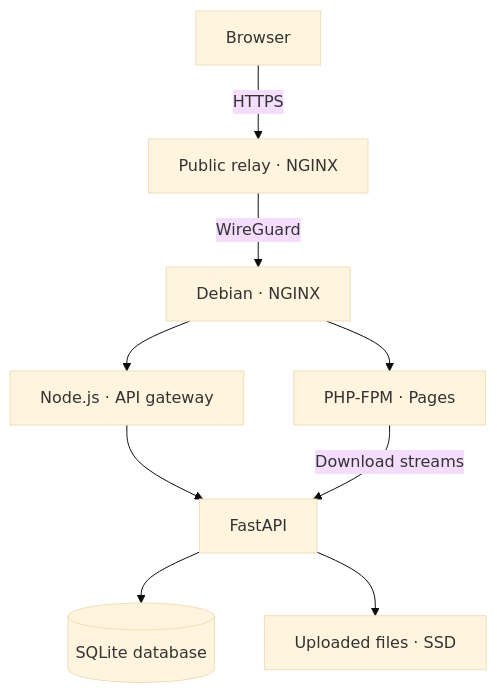
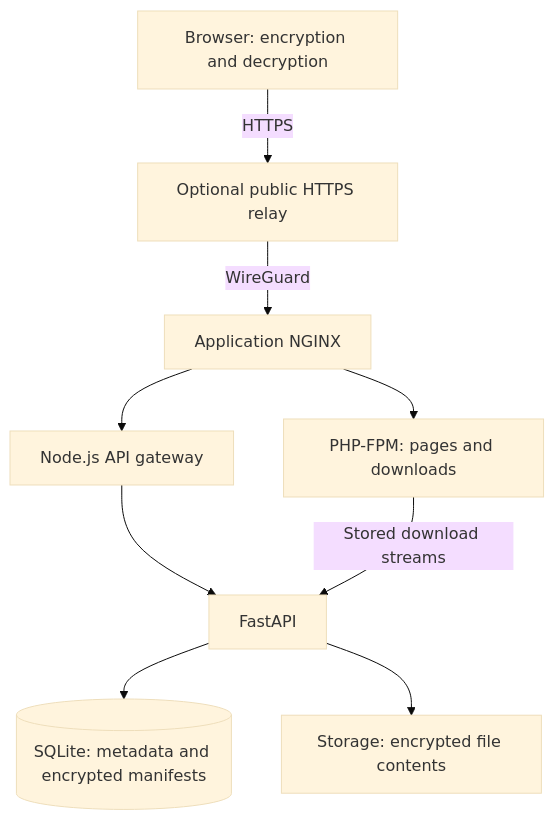
One commit to qy0m/File-Transfer changed the diagram in README.md. Above: the diagram before and after it, drawn with Mermaid (base theme). The commit also changed other lines of this file and 56 other files, not shown here.

````diff
--- a/README.md
+++ b/README.md
@@ -89,11 +116,11 @@
 ```mermaid
 flowchart TB
-    visitor["Browser"] -->|HTTPS| relay["Public relay · NGINX"]
-    relay -->|WireGuard| web["Debian · NGINX"]
-    web --> php["PHP-FPM · Pages"]
-    web --> gateway["Node.js · API gateway"]
+    visitor["Browser: encryption and decryption"] -->|HTTPS| relay["Optional public HTTPS relay"]
+    relay -->|WireGuard| web["Application NGINX"]
+    web --> php["PHP-FPM: pages and downloads"]
+    web --> gateway["Node.js API gateway"]
     gateway --> api["FastAPI"]
-    php -->|Download streams| api
-    api --> database[("SQLite database")]
-    api --> uploads["Uploaded files · SSD"]
+    php -->|Stored download streams| api
+    api --> database[("SQLite: metadata and encrypted manifests")]
+    api --> uploads["Storage: encrypted file contents"]
 ```
````
